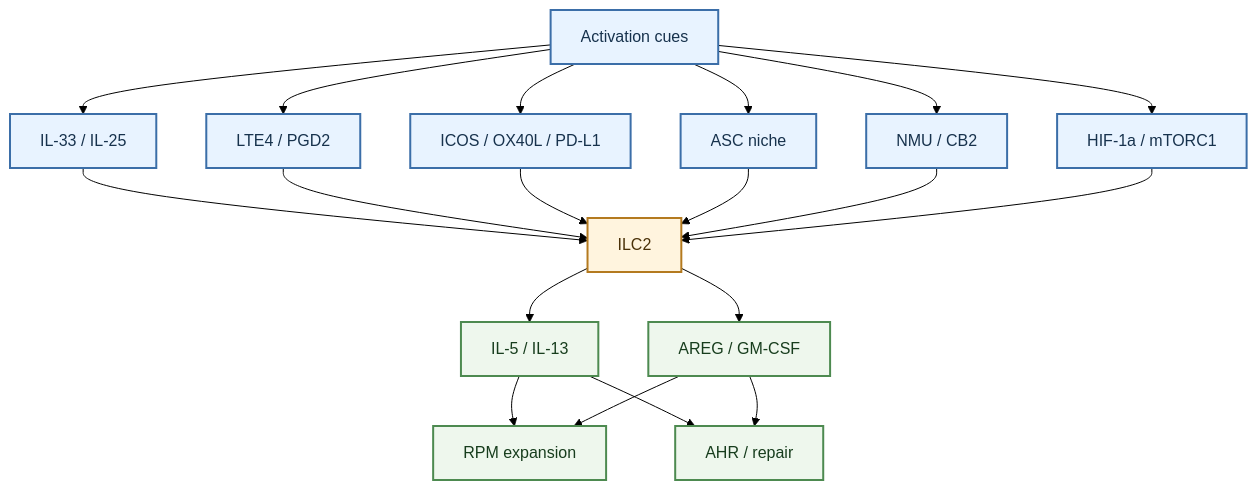
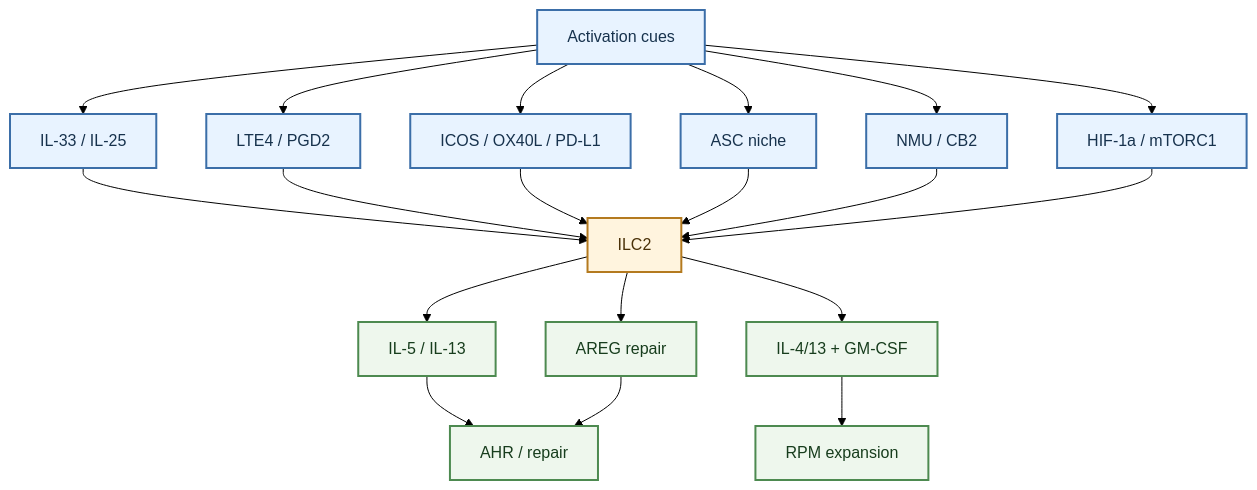
The first of 4 diagrams in wiki/topics/ILC2_functional_regulation_mechanisms.md (shao1116/ILC-Wiki), drawn with Mermaid (forest theme) before and after one commit. The commit also changed other lines of this file and 15 other files, not shown here.

````diff
--- a/wiki/topics/ILC2_functional_regulation_mechanisms.md
+++ b/wiki/topics/ILC2_functional_regulation_mechanisms.md
@@ -150,44 +172,45 @@
 ```mermaid
 flowchart TB
     accTitle: ILC2 Activation And Effector Support
     accDescr: Compact vertical map of positive ILC2 regulatory inputs and output states.
 
     cue["Activation cues"]
     alarmin["IL-33 / IL-25"]
     lipid["LTE4 / PGD2"]
     costim["ICOS / OX40L / PD-L1"]
     niche["ASC niche"]
     neuro["NMU / CB2"]
     metabolism["HIF-1a / mTORC1"]
     ilc2["ILC2"]
     type2["IL-5 / IL-13"]
-    repair["AREG / GM-CSF"]
+    repair["AREG repair"]
+    macrophage["IL-4/13 + GM-CSF"]
     rpm["RPM expansion"]
     disease["AHR / repair"]
 
     cue --> alarmin
     cue --> lipid
     cue --> costim
     cue --> niche
     cue --> neuro
     cue --> metabolism
     alarmin --> ilc2
     lipid --> ilc2
     costim --> ilc2
     niche --> ilc2
     neuro --> ilc2
     metabolism --> ilc2
     ilc2 --> type2
     ilc2 --> repair
-    type2 --> rpm
-    repair --> rpm
+    ilc2 --> macrophage
+    macrophage --> rpm
     type2 --> disease
     repair --> disease
 
     classDef cue_class fill:#e8f3ff,stroke:#3b6ea8,stroke-width:2px,color:#17324d
     classDef cell_class fill:#fff4de,stroke:#b47a1f,stroke-width:2px,color:#4a3108
     classDef out_class fill:#eef7ed,stroke:#4d8a50,stroke-width:2px,color:#173d1d
     class cue,alarmin,lipid,costim,niche,neuro,metabolism cue_class
     class ilc2 cell_class
-    class type2,repair,rpm,disease out_class
+    class type2,repair,macrophage,rpm,disease out_class
 ```
````
